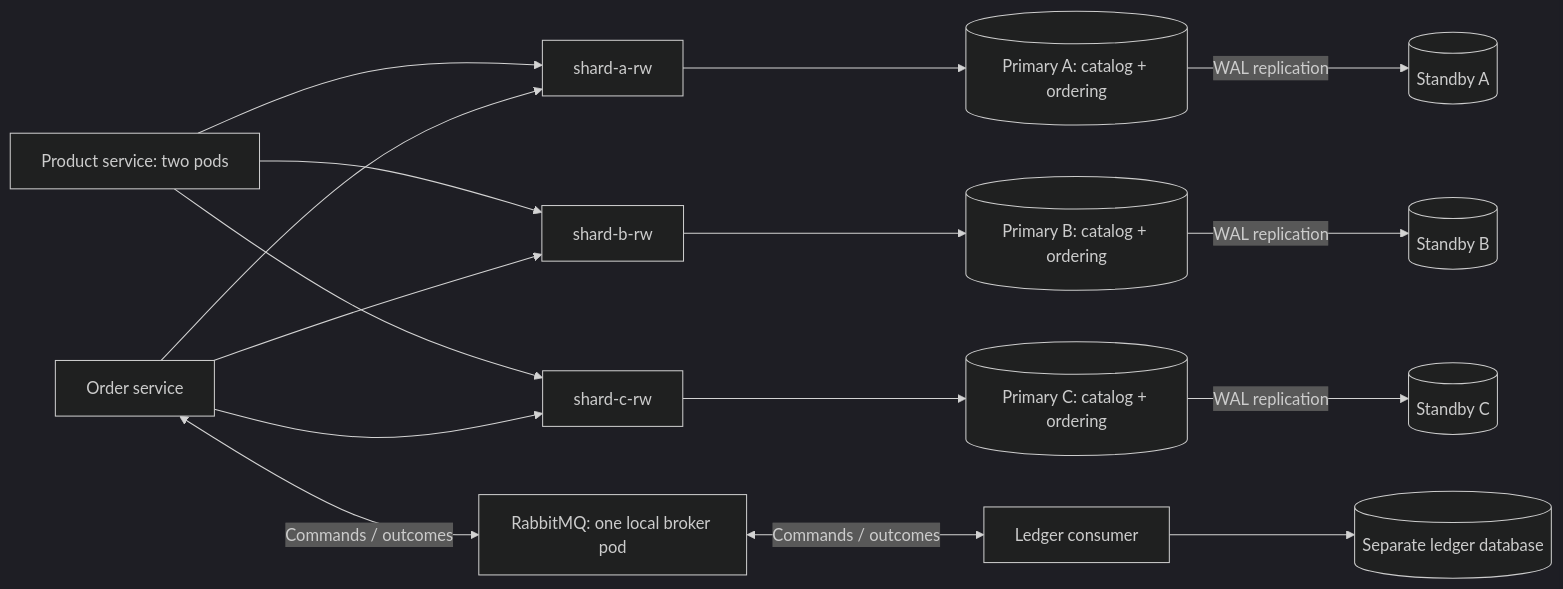
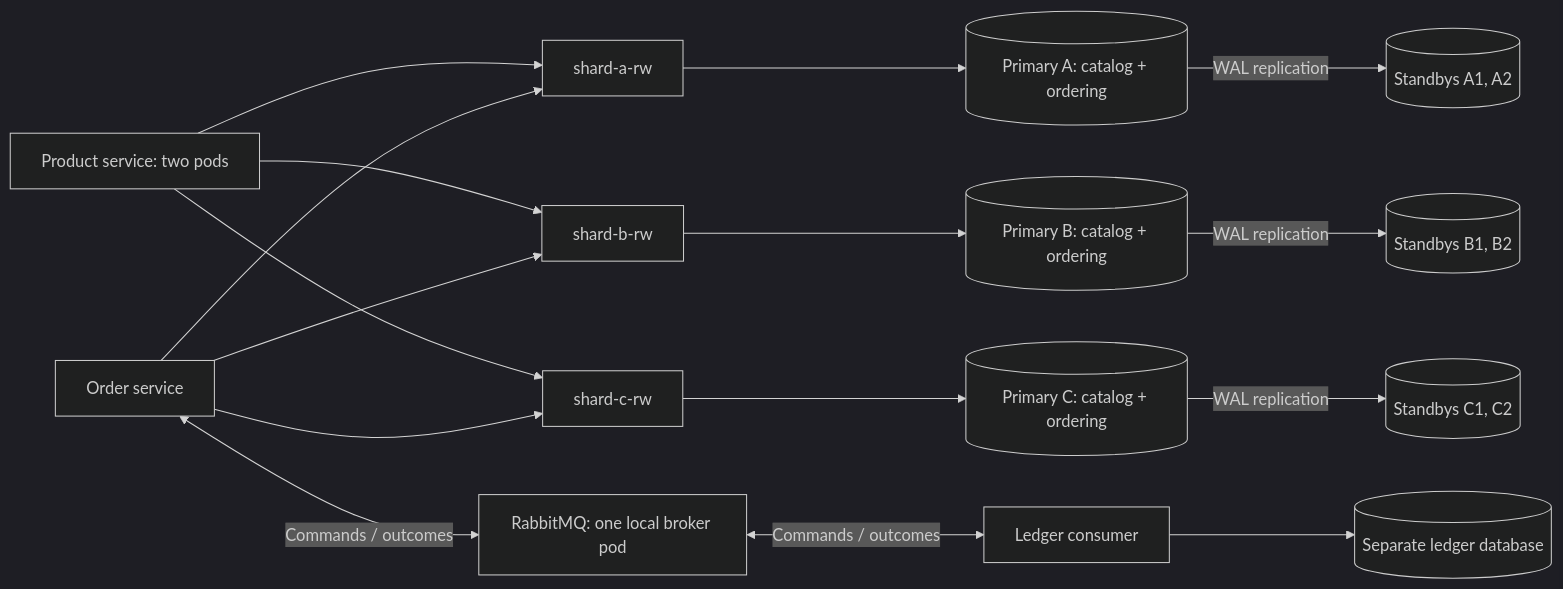
Before and after one commit to nklip/JavaCraft: the diagram in microservices/shardshop/PLAN.md, drawn with Mermaid (dark theme). The commit also changed other lines of this file and 6 other files, not shown here.

````diff
--- a/microservices/shardshop/PLAN.md
+++ b/microservices/shardshop/PLAN.md
@@ -149,18 +152,18 @@
 ```mermaid
 flowchart LR
     P["Product service: two pods"] --> A["shard-a-rw"]
     P --> B["shard-b-rw"]
     P --> C["shard-c-rw"]
     O["Order service"] --> A
     O --> B
     O --> C
     A --> P1[("Primary A: catalog + ordering")]
     B --> P3[("Primary B: catalog + ordering")]
     C --> P5[("Primary C: catalog + ordering")]
-    P1 -->|"WAL replication"| P2[("Standby A")]
-    P3 -->|"WAL replication"| P4[("Standby B")]
-    P5 -->|"WAL replication"| P6[("Standby C")]
+    P1 -->|"WAL replication"| P2[("Standbys A1, A2")]
+    P3 -->|"WAL replication"| P4[("Standbys B1, B2")]
+    P5 -->|"WAL replication"| P6[("Standbys C1, C2")]
     O <-->|"Commands / outcomes"| MQ["RabbitMQ: one local broker pod"]
     MQ <-->|"Commands / outcomes"| L["Ledger consumer"]
     L --> DB[("Separate ledger database")]
 ```
````
